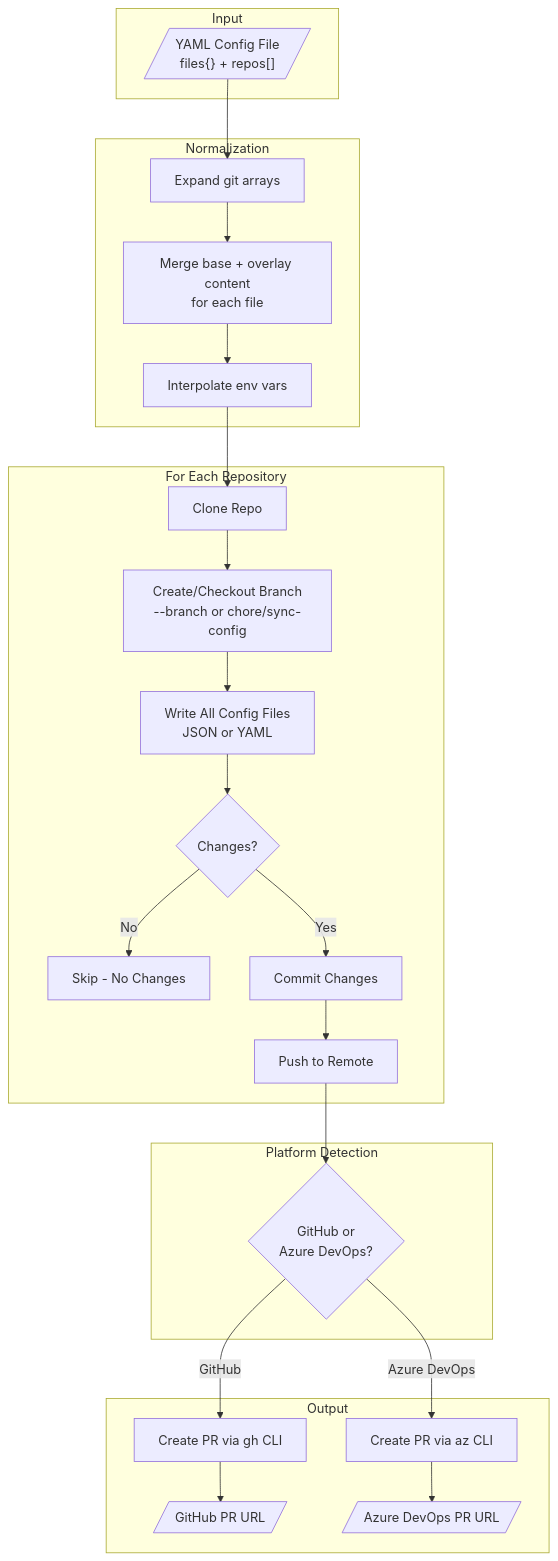
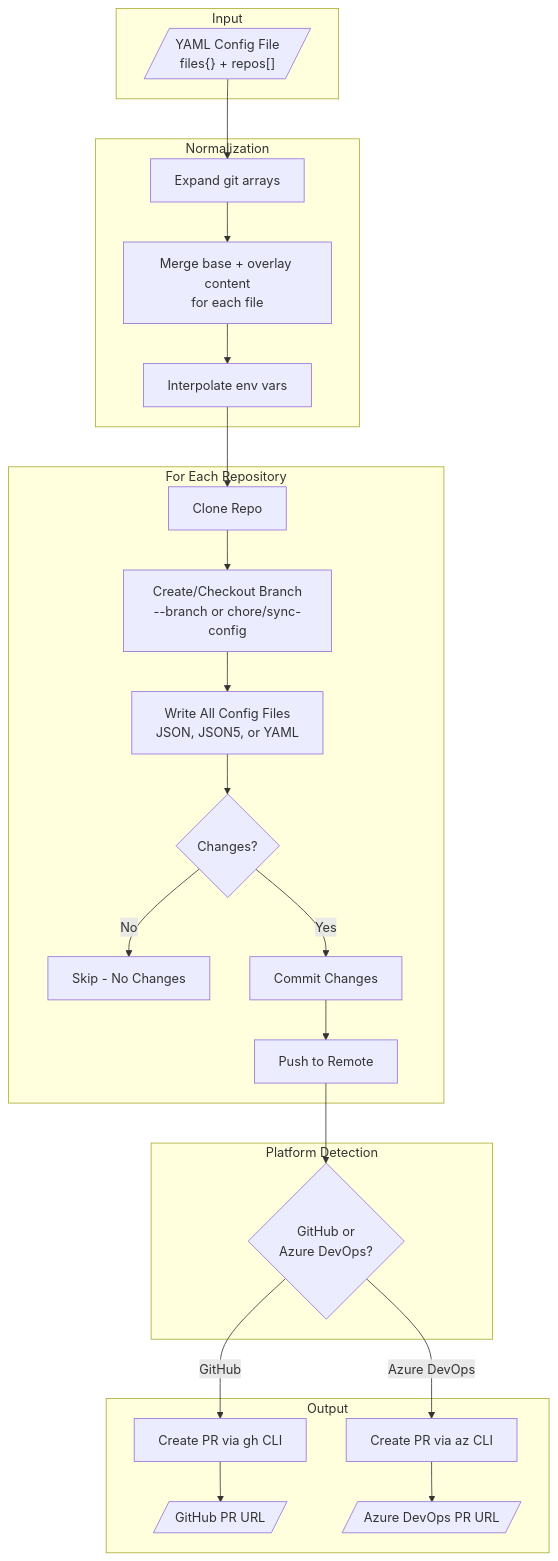
Before and after one commit to anthony-spruyt/xfg: the diagram in README.md, drawn with Mermaid. The commit also changed other lines of this file and 9 other files, not shown here.

````diff
--- a/README.md
+++ b/README.md
@@ -718,34 +718,34 @@
 ```mermaid
 flowchart TB
     subgraph Input
         YAML[/"YAML Config File<br/>files{} + repos[]"/]
     end
 
     subgraph Normalization
         EXPAND[Expand git arrays] --> MERGE[Merge base + overlay content<br/>for each file]
         MERGE --> ENV[Interpolate env vars]
     end
 
     subgraph Processing["For Each Repository"]
         CLONE[Clone Repo] --> BRANCH[Create/Checkout Branch<br/>--branch or chore/sync-config]
-        BRANCH --> WRITE[Write All Config Files<br/>JSON or YAML]
+        BRANCH --> WRITE[Write All Config Files<br/>JSON, JSON5, or YAML]
         WRITE --> CHECK{Changes?}
         CHECK -->|No| SKIP[Skip - No Changes]
         CHECK -->|Yes| COMMIT[Commit Changes]
         COMMIT --> PUSH[Push to Remote]
     end
 
     subgraph Platform["Platform Detection"]
         PUSH --> DETECT{GitHub or<br/>Azure DevOps?}
     end
 
     subgraph Output
         DETECT -->|GitHub| GH_PR[Create PR via gh CLI]
         DETECT -->|Azure DevOps| AZ_PR[Create PR via az CLI]
         GH_PR --> GH_URL[/"GitHub PR URL"/]
         AZ_PR --> AZ_URL[/"Azure DevOps PR URL"/]
     end
 
     YAML --> EXPAND
     ENV --> CLONE
 ```
````
